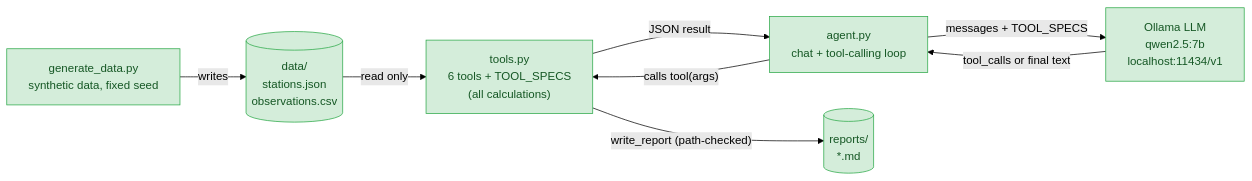
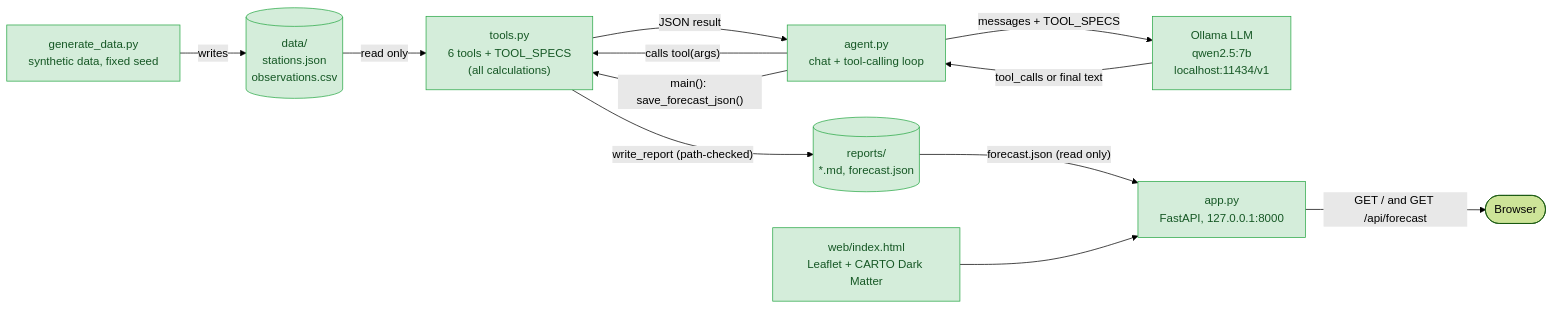
Before and after one commit to nil9/weather-agent: the first of 2 diagrams in docs/architecture.md, drawn with Mermaid (forest theme). The commit also changed other lines of this file and 11 other files, not shown here.

````diff
--- a/docs/architecture.md
+++ b/docs/architecture.md
@@ -34,21 +31,28 @@
 ```mermaid
 flowchart LR
     gen["generate_data.py<br/>synthetic data, fixed seed"]
     data[("data/<br/>stations.json<br/>observations.csv")]
     tools["tools.py<br/>6 tools + TOOL_SPECS<br/>(all calculations)"]
     agent["agent.py<br/>chat + tool-calling loop"]
     llm["Ollama LLM<br/>qwen2.5:7b<br/>localhost:11434/v1"]
-    reports[("reports/<br/>*.md")]
+    reports[("reports/<br/>*.md, forecast.json")]
+    app["app.py<br/>FastAPI, 127.0.0.1:8000"]
+    web["web/index.html<br/>Leaflet + CARTO Dark Matter"]
+    browser(["Browser"])
 
     gen -->|writes| data
     data -->|read only| tools
     agent -->|"calls tool(args)"| tools
     tools -->|JSON result| agent
     agent -->|"messages + TOOL_SPECS"| llm
     llm -->|"tool_calls or final text"| agent
     tools -->|"write_report (path-checked)"| reports
+    agent -->|"main(): save_forecast_json()"| tools
+    reports -->|"forecast.json (read only)"| app
+    web --> app
+    app -->|"GET / and GET /api/forecast"| browser
 
     classDef done fill:#d4edda,stroke:#28a745,color:#155724
     classDef todo fill:#f1f3f5,stroke:#adb5bd,color:#495057,stroke-dasharray: 5 5
-    class gen,data,tools,reports,agent,llm done
+    class gen,data,tools,reports,agent,llm,app,web done
 ```
````
